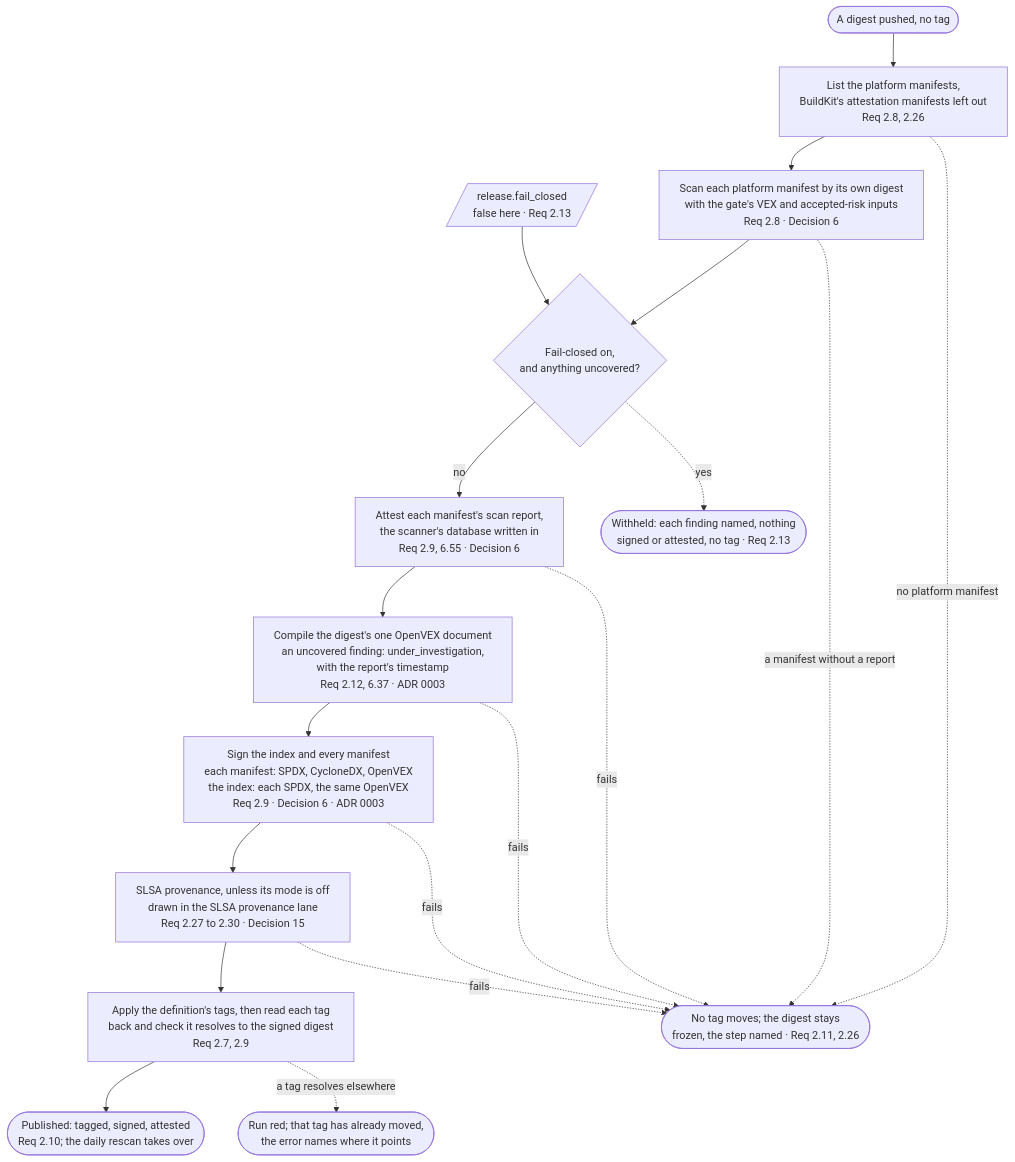
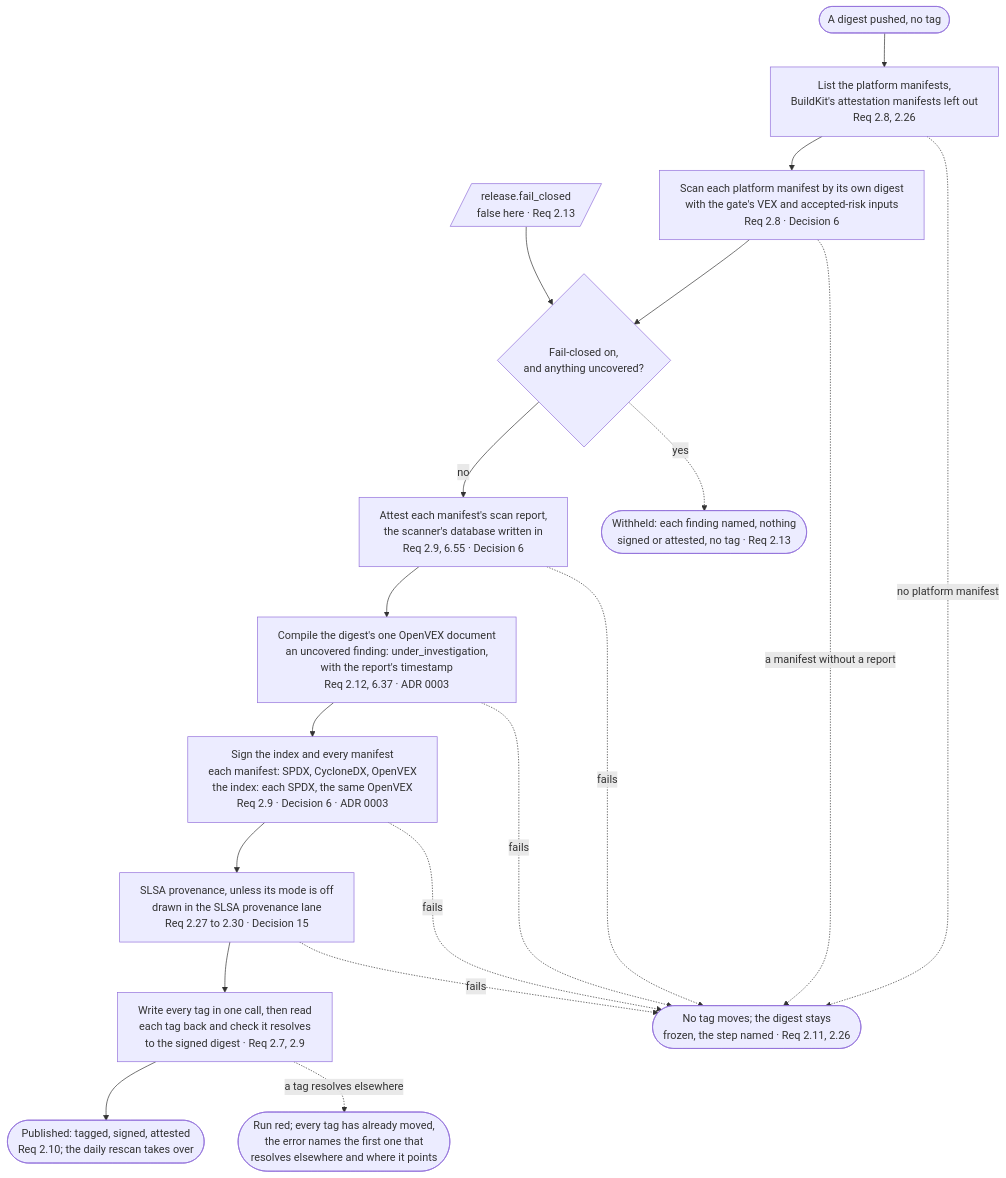
Before and after one commit to mm-weber/dhc-pipeline: diagram 15 of 31 in docs/lanes.md, drawn with Mermaid. The commit also changed other lines of this file, not shown here.

````diff
--- a/docs/lanes.md
+++ b/docs/lanes.md
@@ -560,29 +563,29 @@
 ```mermaid
 %%{init: {"flowchart": {"wrappingWidth": 340}}}%%
 flowchart TB
     FC[/"release.fail_closed<br/>false here · Req 2.13"/]
     DIG(["A digest pushed, no tag"])
     MAN["List the platform manifests,<br/>BuildKit's attestation manifests left out<br/>Req 2.8, 2.26"]
     SCAN["Scan each platform manifest by its own digest<br/>with the gate's VEX and accepted-risk inputs<br/>Req 2.8 · Decision 6"]
     FCD{"Fail-closed on,<br/>and anything uncovered?"}
     ATTR["Attest each manifest's scan report,<br/>the scanner's database written in<br/>Req 2.9, 6.55 · Decision 6"]
     VEX["Compile the digest's one OpenVEX document<br/>an uncovered finding: under_investigation,<br/>with the report's timestamp<br/>Req 2.12, 6.37 · ADR 0003"]
     SIGN["Sign the index and every manifest<br/>each manifest: SPDX, CycloneDX, OpenVEX<br/>the index: each SPDX, the same OpenVEX<br/>Req 2.9 · Decision 6 · ADR 0003"]
     PROV["SLSA provenance, unless its mode is off<br/>drawn in the SLSA provenance lane<br/>Req 2.27 to 2.30 · Decision 15"]
-    TAG["Apply the definition's tags, then read each tag<br/>back and check it resolves to the signed digest<br/>Req 2.7, 2.9"]
+    TAG["Write every tag in one call, then read<br/>each tag back and check it resolves<br/>to the signed digest · Req 2.7, 2.9"]
     PUB(["Published: tagged, signed, attested<br/>Req 2.10; the daily rescan takes over"])
     WITH(["Withheld: each finding named, nothing<br/>signed or attested, no tag · Req 2.13"])
     STOP(["No tag moves; the digest stays<br/>frozen, the step named · Req 2.11, 2.26"])
-    MOVED(["Run red; that tag has already moved,<br/>the error names where it points"])
+    MOVED(["Run red; every tag has already moved,<br/>the error names the first one that<br/>resolves elsewhere and where it points"])
     DIG --> MAN --> SCAN --> FCD
     FC --> FCD
     FCD -->|no| ATTR --> VEX --> SIGN --> PROV --> TAG --> PUB
     FCD -.->|yes| WITH
     MAN -.->|no platform manifest| STOP
     SCAN -.->|a manifest without a report| STOP
     ATTR -.->|fails| STOP
     VEX -.->|fails| STOP
     SIGN -.->|fails| STOP
     PROV -.->|fails| STOP
     TAG -.->|a tag resolves elsewhere| MOVED
 ```
````
